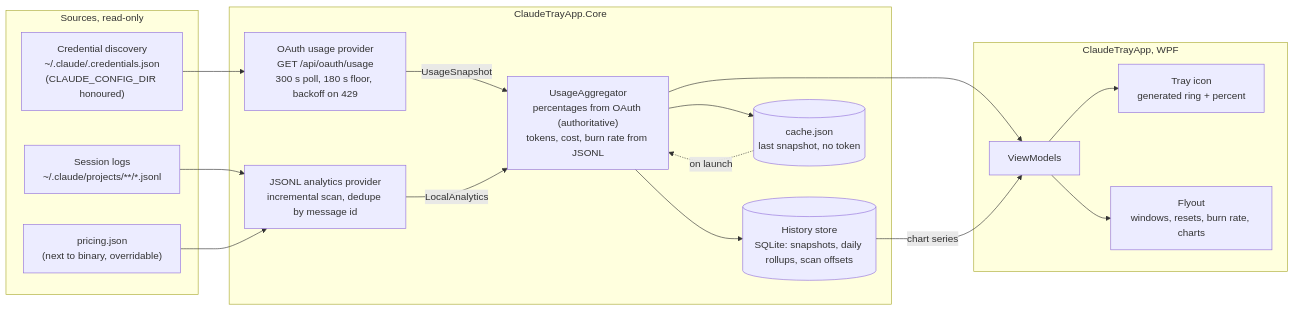
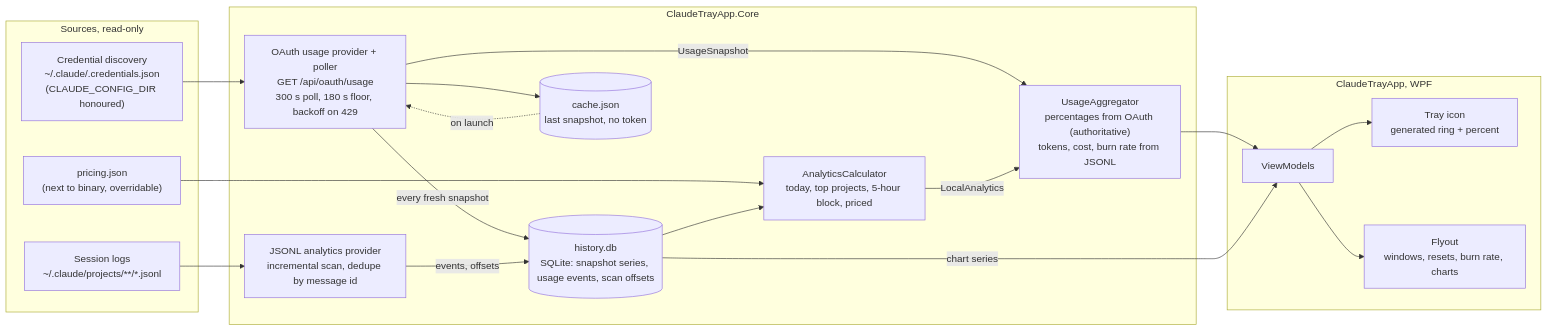
The first of 4 diagrams in docs/architecture.md (mlcousek/claude_trayapp), drawn with Mermaid before and after one commit. The commit also changed other lines of this file and 8 other files, not shown here.

First line of the commit message:
docs: v0.1.0 changelog, release procedure, refreshed screenshots and diagrams

````diff
--- a/docs/architecture.md
+++ b/docs/architecture.md
@@ -39,35 +41,38 @@
 ```mermaid
 flowchart LR
     subgraph sources [Sources, read-only]
         CRED["Credential discovery<br/>~/.claude/.credentials.json<br/>(CLAUDE_CONFIG_DIR honoured)"]
         JSONL["Session logs<br/>~/.claude/projects/**/*.jsonl"]
         PRICE["pricing.json<br/>(next to binary, overridable)"]
     end
 
     subgraph core [ClaudeTrayApp.Core]
-        OAUTH["OAuth usage provider<br/>GET /api/oauth/usage<br/>300 s poll, 180 s floor, backoff on 429"]
+        OAUTH["OAuth usage provider + poller<br/>GET /api/oauth/usage<br/>300 s poll, 180 s floor, backoff on 429"]
         LOCAL["JSONL analytics provider<br/>incremental scan, dedupe by message id"]
+        CALC["AnalyticsCalculator<br/>today, top projects, 5-hour block, priced"]
         AGG["UsageAggregator<br/>percentages from OAuth (authoritative)<br/>tokens, cost, burn rate from JSONL"]
-        HIST[("History store<br/>SQLite: snapshots, daily rollups, scan offsets")]
+        HIST[("history.db<br/>SQLite: snapshot series, usage events, scan offsets")]
         CACHE[("cache.json<br/>last snapshot, no token")]
     end
 
     subgraph app [ClaudeTrayApp, WPF]
         VM["ViewModels"]
         TRAY["Tray icon<br/>generated ring + percent"]
         FLYOUT["Flyout<br/>windows, resets, burn rate, charts"]
     end
 
     CRED --> OAUTH
     JSONL --> LOCAL
-    PRICE --> LOCAL
+    PRICE --> CALC
+    OAUTH -->|every fresh snapshot| HIST
+    OAUTH --> CACHE
+    CACHE -.->|on launch| OAUTH
+    LOCAL -->|events, offsets| HIST
+    HIST --> CALC
     OAUTH -->|UsageSnapshot| AGG
-    LOCAL -->|LocalAnalytics| AGG
-    AGG --> HIST
-    AGG --> CACHE
-    CACHE -.->|on launch| AGG
+    CALC -->|LocalAnalytics| AGG
     AGG --> VM
     HIST -->|chart series| VM
     VM --> TRAY
     VM --> FLYOUT
 ```
````
